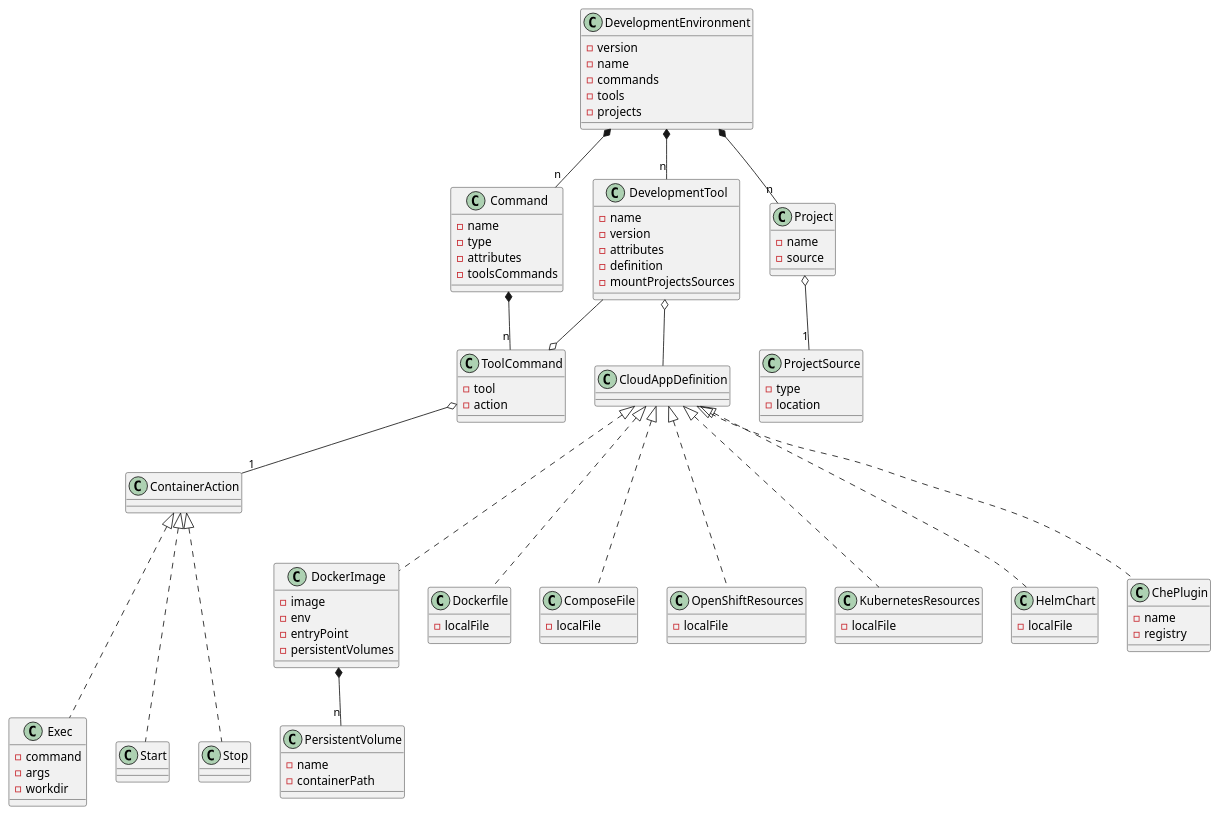
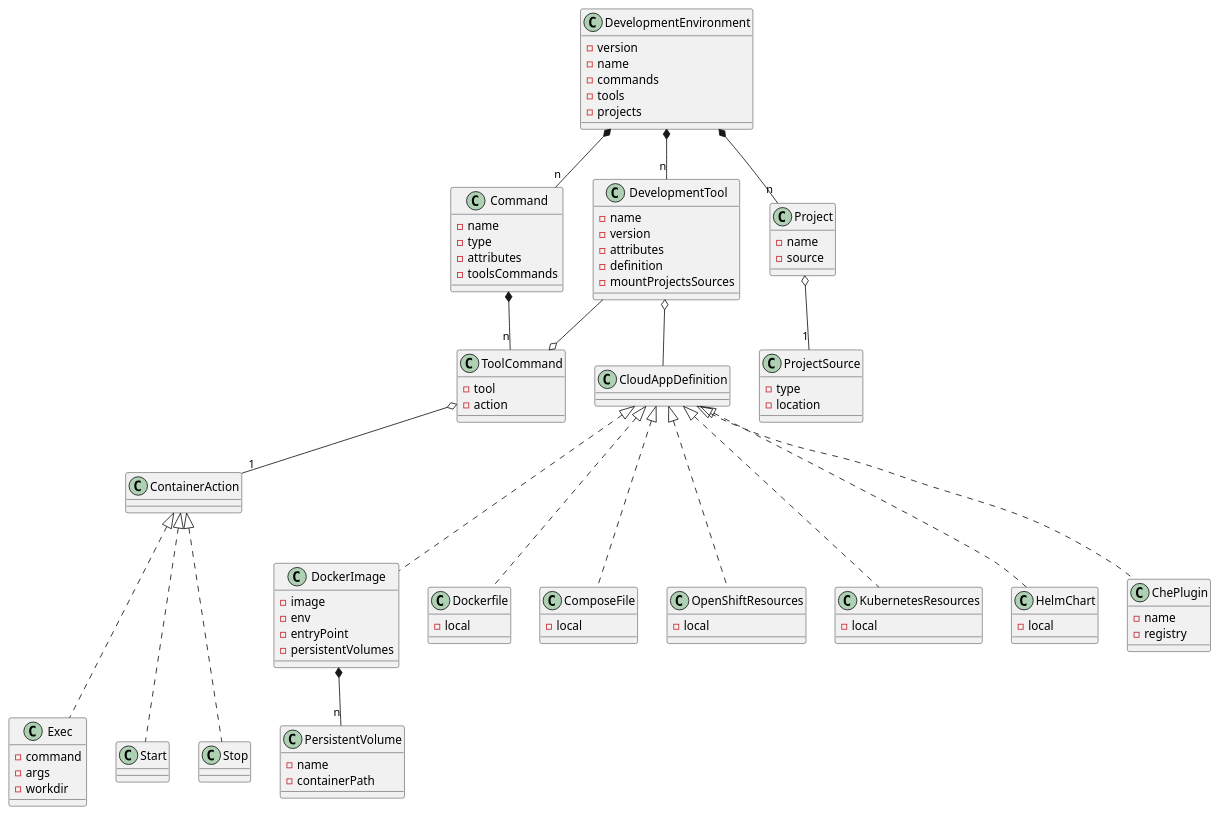
One commit to redhat-developer/devfile changed the diagram in devfile.plantuml. Above: the diagram before and after it, drawn with PlantUML. The commit also changed 2 other files, not shown here.

```diff
--- a/devfile.plantuml
+++ b/devfile.plantuml
@@ -1,128 +1,128 @@
-@startuml
+@startuml devfile
 
 class DevelopmentEnvironment {
   - version
   - name
   - commands
   - tools
   - projects
 }
 
 together {
   class DevelopmentTool
   class Command
   class Project
 }
 
 together {
   class ToolCommand
   class CloudAppDefinition
 }
 
 DevelopmentEnvironment *-- "n" DevelopmentTool
 DevelopmentEnvironment *-- "n" Command
 DevelopmentEnvironment *-- "n" Project
 
 class DevelopmentTool {
     - name
     - version
     - attributes
     - definition
     - mountProjectsSources
 }
 
 DevelopmentTool o-- CloudAppDefinition
 
 CloudAppDefinition <|-.. DockerImage
 CloudAppDefinition <|-.. Dockerfile
 CloudAppDefinition <|-.. ComposeFile
 CloudAppDefinition <|-.. OpenShiftResources
 CloudAppDefinition <|-.. KubernetesResources
 CloudAppDefinition <|-.. HelmChart
 CloudAppDefinition <|-.. ChePlugin
 
 class Command {
   - name
   - type
   - attributes
   - toolsCommands
 }
 
 Command *-- "n" ToolCommand
 ToolCommand o-- DevelopmentTool
 
 class ToolCommand {
   - tool
   - action
 }
 
 ToolCommand o-- "1" ContainerAction
 
 ContainerAction <|-..Exec
 ContainerAction <|-..Start
 ContainerAction <|-..Stop
 
 together {
   class Exec
   class Start
   class Stop
 }
 
 class Exec {
   - command
   - args
   - workdir
 }
 
 class Project {
   - name
   - source
 }
 
 Project o-- "1" ProjectSource
 
 class ProjectSource {
   - type
   - location
 }
 
 class DockerImage {
   - image
   - env
   - entryPoint
   - persistentVolumes
 }
 
 DockerImage *-- "n" PersistentVolume
 
 class PersistentVolume {
   - name
   - containerPath
 }
 
 class ComposeFile {
-  - localFile
+  - local
 }
 
 class Dockerfile {
-  - localFile
+  - local
 }
 
 class OpenShiftResources {
-  - localFile
+  - local
 }
 
 class KubernetesResources {
-  - localFile
+  - local
 }
 
 class HelmChart {
-  - localFile
+  - local
 }
 
 class ChePlugin {
   - name
   - registry
 }
 
 @enduml
```
